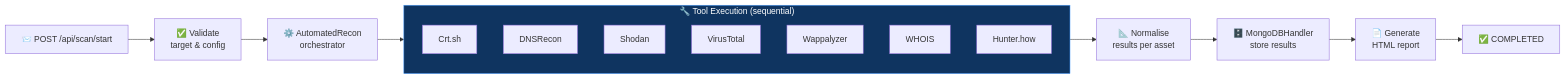
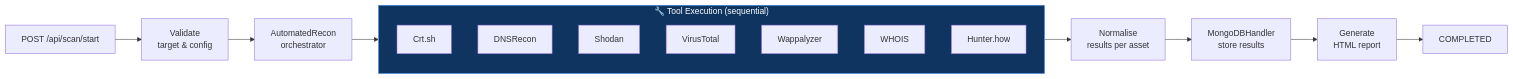
One commit to gvmmo/ThreatHunt changed the second of 3 diagrams in docs/architecture.md. Above: the diagram before and after it, drawn with Mermaid. The commit also changed other lines of this file, not shown here.

````diff
--- a/docs/architecture.md
+++ b/docs/architecture.md
@@ -95,24 +95,24 @@
 ```mermaid
 flowchart LR
-    Request["📨 POST /api/scan/start"] --> Validate["✅ Validate\ntarget & config"]
-    Validate --> AutoRecon["⚙️ AutomatedRecon\norchestrator"]
+    Request["POST /api/scan/start"] --> Validate["Validate\ntarget & config"]
+    Validate --> AutoRecon["AutomatedRecon\norchestrator"]
  
     AutoRecon --> Tools
  
     subgraph Tools ["🔧 Tool Execution (sequential)"]
         T1["Crt.sh"]
         T2["DNSRecon"]
         T3["Shodan"]
         T4["VirusTotal"]
         T5["Wappalyzer"]
         T6["WHOIS"]
         T7["Hunter.how"]
     end
  
-    Tools --> Normalise["📐 Normalise\nresults per asset"]
-    Normalise --> MongoDB["🗄️ MongoDBHandler\nstore results"]
-    MongoDB --> Report["📄 Generate\nHTML report"]
-    Report --> Done["✅ COMPLETED"]
+    Tools --> Normalise["Normalise\nresults per asset"]
+    Normalise --> MongoDB["MongoDBHandler\nstore results"]
+    MongoDB --> Report["Generate\nHTML report"]
+    Report --> Done["COMPLETED"]
  
     style Tools fill:#0f3460,stroke:#4a9eff,color:#fff
 ```
````
